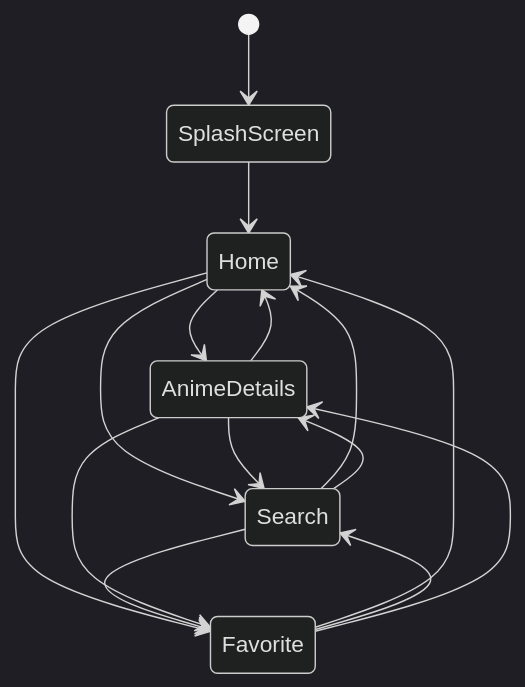
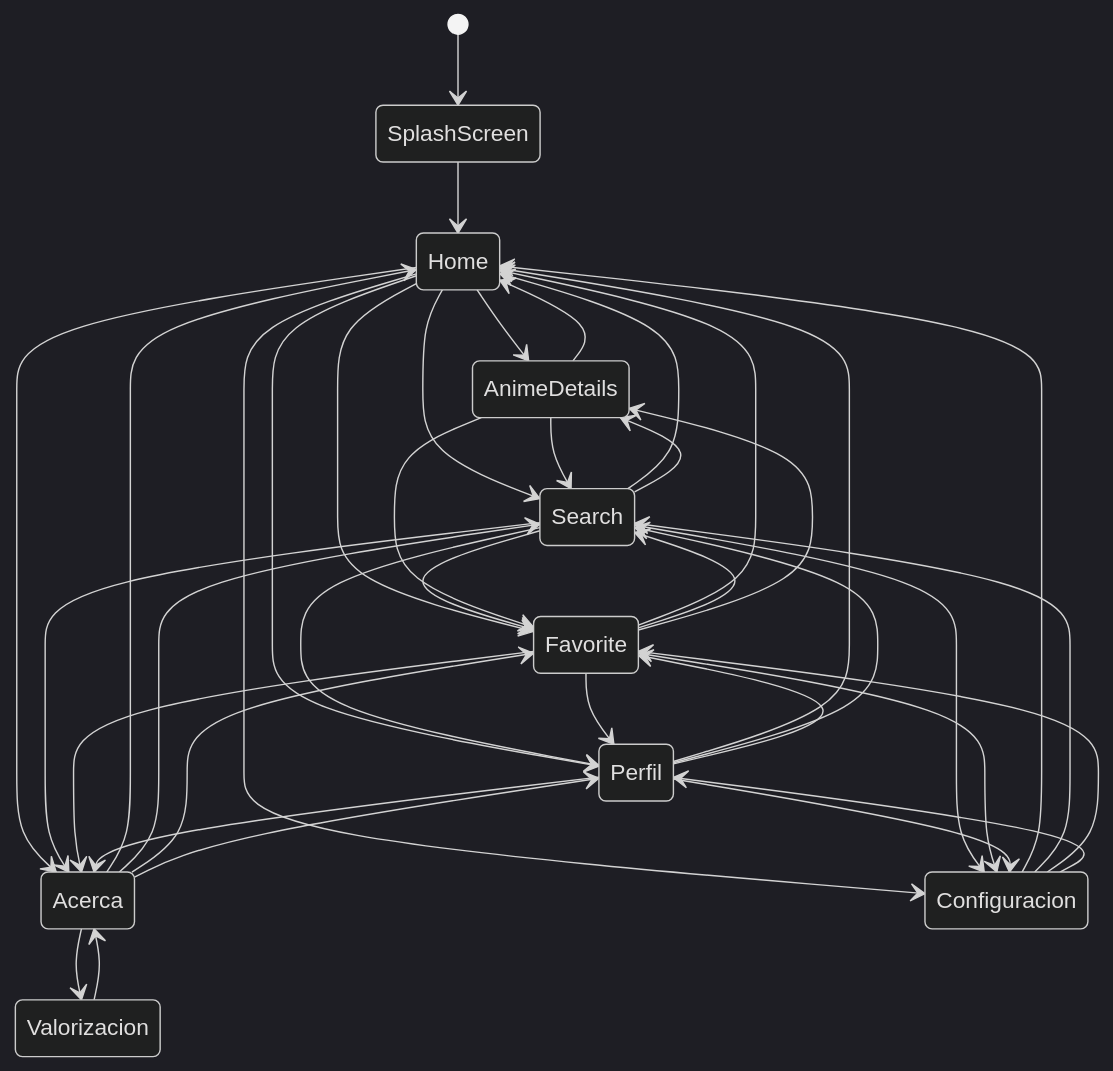
Before and after one commit to DiegoLaraR/anime_guide: the second of 2 diagrams in README.md, drawn with Mermaid (dark theme). The commit also changed other lines of this file, not shown here.

````diff
--- a/README.md
+++ b/README.md
@@ -90,21 +110,50 @@
 ```mermaid
 stateDiagram-v2
     [*] --> SplashScreen
+
     SplashScreen --> Home
+
     Home --> AnimeDetails
     Home --> Search
     Home --> Favorite
+    Home --> Perfil
+    Home --> Acerca
+    Home --> Configuracion
 
     Search --> Home
     Search --> Favorite
     Search --> AnimeDetails
+    Search --> Perfil
+    Search --> Acerca
+    Search --> Configuracion
 
     Favorite --> Home
     Favorite --> Search
     Favorite --> AnimeDetails
+    Favorite --> Perfil
+    Favorite --> Acerca
+    Favorite --> Configuracion
+
+    Perfil --> Home
+    Perfil --> Search
+    Perfil --> Favorite
+    Perfil --> Acerca
+    Perfil --> Configuracion
+
+    Configuracion --> Home
+    Configuracion --> Search
+    Configuracion --> Favorite
+    Configuracion --> Perfil
+
+    Acerca --> Home
+    Acerca --> Search
+    Acerca --> Favorite
+    Acerca --> Perfil
+    Acerca --> Valorizacion
+
+    Valorizacion --> Acerca
 
     AnimeDetails --> Home
     AnimeDetails --> Search
     AnimeDetails --> Favorite
-    
 ```
````
